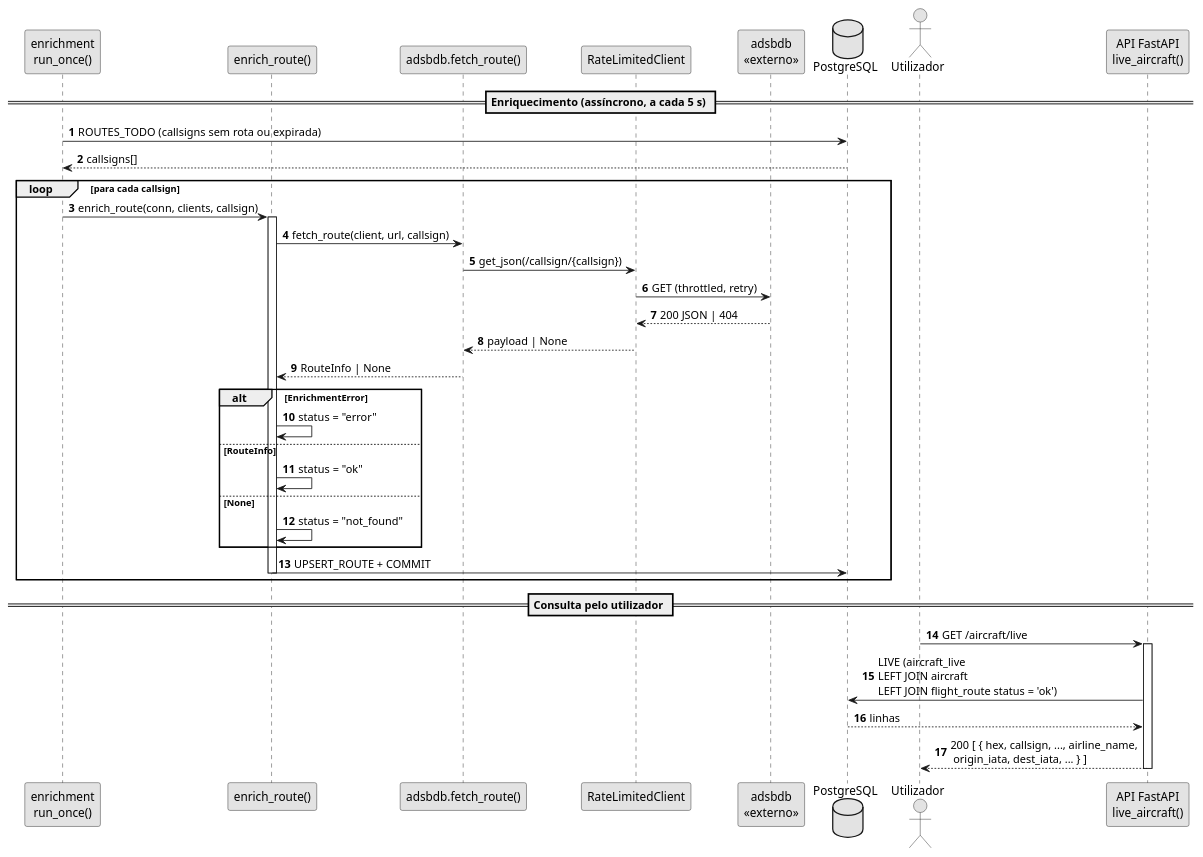
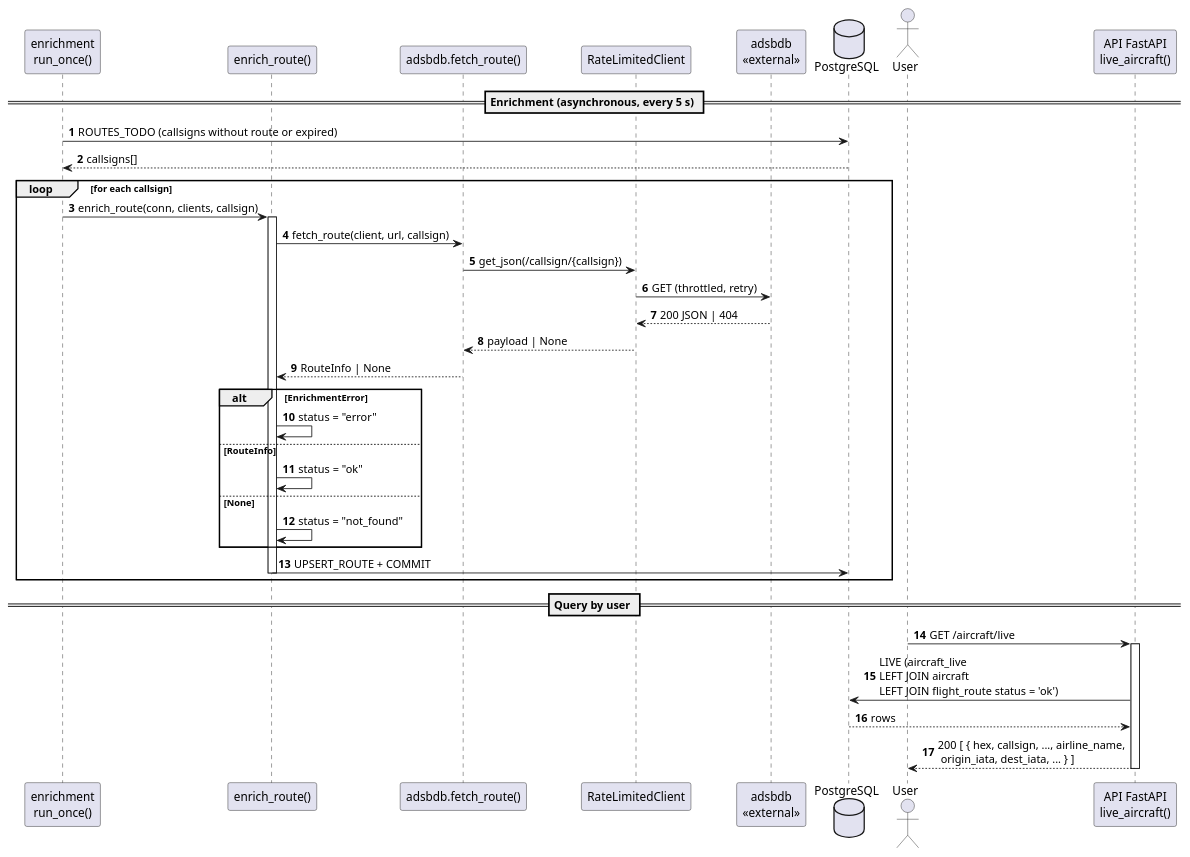
Before and after one commit to miguelsiilva1/SkyTracer: the diagram in docs/system-documentation/use-cases/US03/puml/sd_us03.puml, drawn with PlantUML. The commit also changed 42 other files, not shown here.

```diff
--- a/docs/system-documentation/use-cases/US03/puml/sd_us03.puml
+++ b/docs/system-documentation/use-cases/US03/puml/sd_us03.puml
@@ -1,43 +1,42 @@
 @startuml
 autonumber
-skinparam monochrome true
 participant "enrichment\nrun_once()" as W
 participant "enrich_route()" as ER
 participant "adsbdb.fetch_route()" as A
 participant "RateLimitedClient" as RL
-participant "adsbdb\n<<externo>>" as Ext
+participant "adsbdb\n<<external>>" as Ext
 database "PostgreSQL" as DB
-actor "Utilizador" as U
+actor "User" as U
 participant "API FastAPI\nlive_aircraft()" as API
 
-== Enriquecimento (assíncrono, a cada 5 s) ==
-W -> DB : ROUTES_TODO (callsigns sem rota ou expirada)
+== Enrichment (asynchronous, every 5 s) ==
+W -> DB : ROUTES_TODO (callsigns without route or expired)
 DB --> W : callsigns[]
-loop para cada callsign
+loop for each callsign
   W -> ER : enrich_route(conn, clients, callsign)
   activate ER
   ER -> A : fetch_route(client, url, callsign)
   A -> RL : get_json(/callsign/{callsign})
   RL -> Ext : GET (throttled, retry)
   Ext --> RL : 200 JSON | 404
   RL --> A : payload | None
   A --> ER : RouteInfo | None
   alt EnrichmentError
     ER -> ER : status = "error"
   else RouteInfo
     ER -> ER : status = "ok"
   else None
     ER -> ER : status = "not_found"
   end
   ER -> DB : UPSERT_ROUTE + COMMIT
   deactivate ER
 end
 
-== Consulta pelo utilizador ==
+== Query by user ==
 U -> API : GET /aircraft/live
 activate API
 API -> DB : LIVE (aircraft_live\nLEFT JOIN aircraft\nLEFT JOIN flight_route status = 'ok')
-DB --> API : linhas
+DB --> API : rows
 API --> U : 200 [ { hex, callsign, ..., airline_name,\n origin_iata, dest_iata, ... } ]
 deactivate API
 @enduml
```
